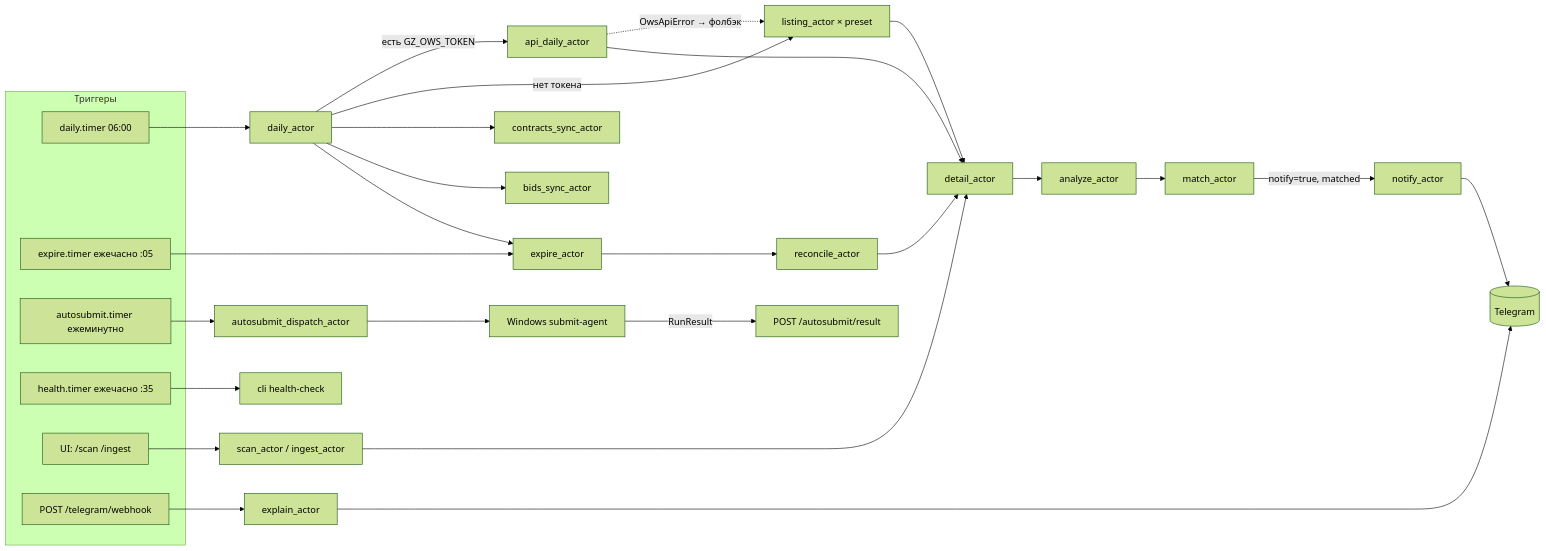
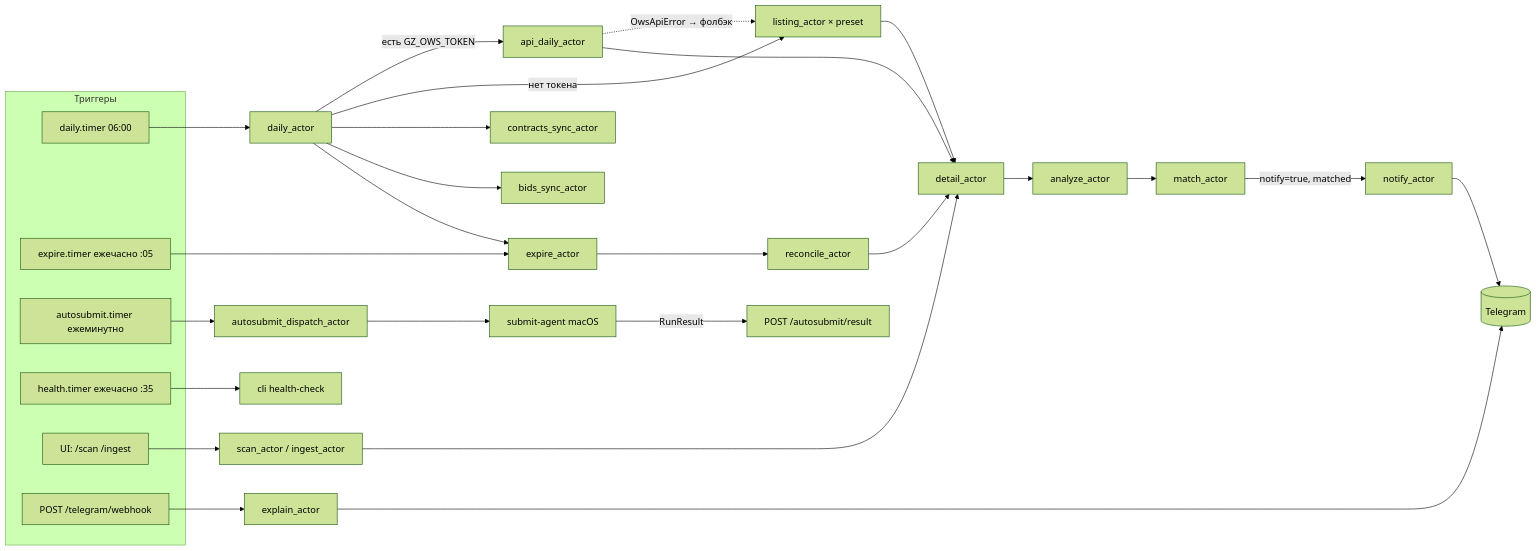
Before and after one commit to Rus9136/gos_tracker: the second of 3 diagrams in ARCHITECTURE.md, drawn with Mermaid (forest theme). The commit also changed other lines of this file and 10 other files, not shown here.

First line of the commit message:
docs(autosubmit): ревизия §6.3 — целевой узел агента macOS, не Windows

````diff
--- a/ARCHITECTURE.md
+++ b/ARCHITECTURE.md
@@ -58,40 +58,40 @@
 ```mermaid
 flowchart LR
     subgraph Триггеры
         TD[daily.timer 06:00]
         TE[expire.timer ежечасно :05]
         TA[autosubmit.timer ежеминутно]
         TH[health.timer ежечасно :35]
         UIF[UI: /scan /ingest]
         TGW[POST /telegram/webhook]
     end
 
     TD --> DA[daily_actor]
     DA -->|есть GZ_OWS_TOKEN| AD[api_daily_actor]
     DA -->|нет токена| LA[listing_actor × preset]
     AD -.OwsApiError → фолбэк.-> LA
     DA --> CS[contracts_sync_actor]
     DA --> BS[bids_sync_actor]
     DA --> EX[expire_actor]
     TE --> EX
     EX --> RC[reconcile_actor]
 
     AD --> DT[detail_actor]
     LA --> DT
     RC --> DT
     UIF --> SCN[scan_actor / ingest_actor]
     SCN --> DT
 
     DT --> AN[analyze_actor]
     AN --> MA[match_actor]
     MA -->|notify=true, matched| NO[notify_actor]
     NO --> TGOUT[(Telegram)]
     TGW --> EXP[explain_actor]
     EXP --> TGOUT
 
     TA --> ASD[autosubmit_dispatch_actor]
-    ASD --> WAG[Windows submit-agent]
+    ASD --> WAG[submit-agent macOS]
     WAG -->|RunResult| AIN[POST /autosubmit/result]
 
     TH --> HC[cli health-check]
 ```
````
